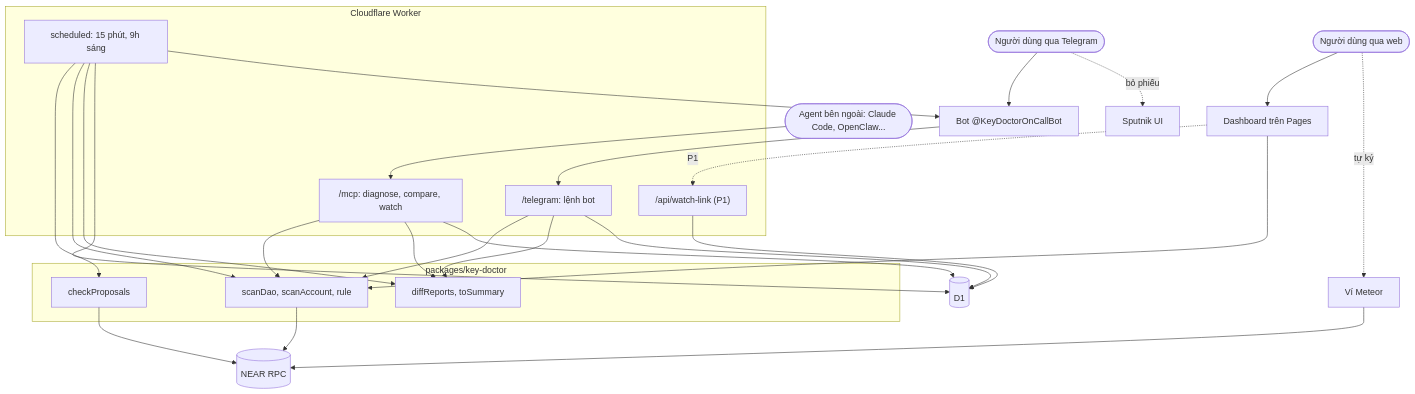
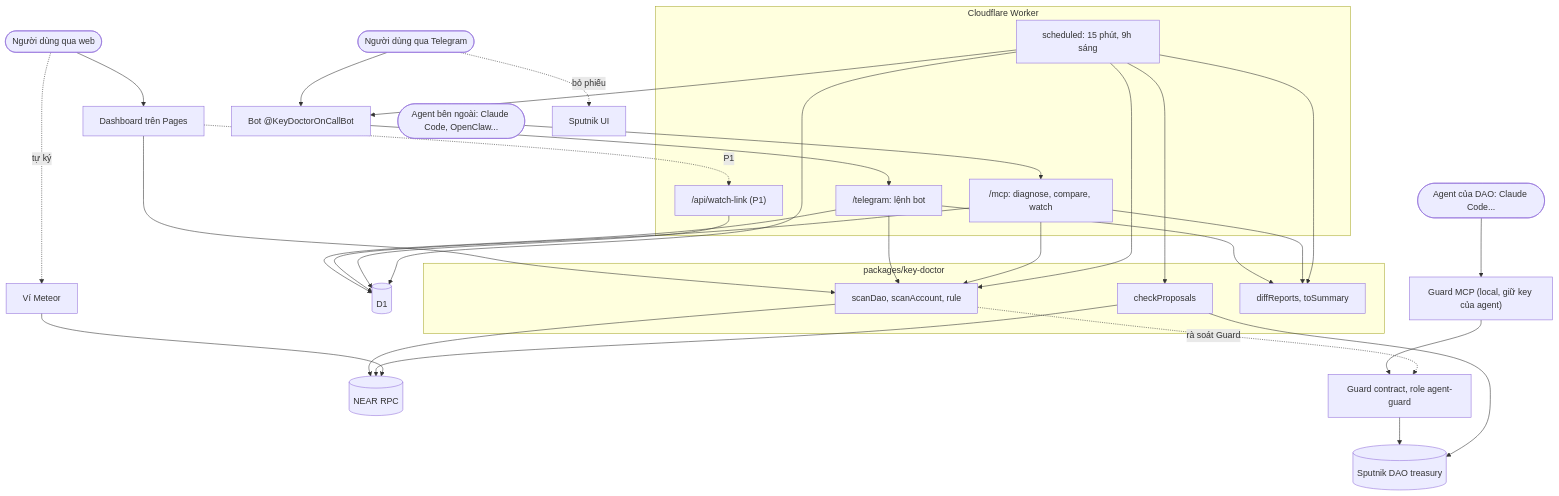
One commit to BLV-Labs/keydoctor changed the first of 2 diagrams in docs/final-idea.md. Above: the diagram before and after it, drawn with Mermaid. The commit also changed other lines of this file and 1 other file, not shown here.

Commit message:
Compelele agent guard idea.

````diff
--- a/docs/final-idea.md
+++ b/docs/final-idea.md
@@ -47,47 +52,55 @@
 ```mermaid
 flowchart TB
   U1([Người dùng qua Telegram])
   U2([Người dùng qua web])
   EA([Agent bên ngoài: Claude Code, OpenClaw...])
 
   subgraph Worker["Cloudflare Worker"]
     TG["/telegram: lệnh bot"]
     MCP["/mcp: diagnose, compare, watch"]
     API["/api/watch-link (P1)"]
     CRON["scheduled: 15 phút, 9h sáng"]
   end
   D1[(D1)]
   BOT[Bot @KeyDoctorOnCallBot]
 
   subgraph Lib["packages/key-doctor"]
     KD["scanDao, scanAccount, rule"]
     CP["checkProposals"]
     DIFF["diffReports, toSummary"]
   end
 
   DASH["Dashboard trên Pages"]
   RPC[(NEAR RPC)]
   MET[Ví Meteor]
   SP[Sputnik UI]
 
   U1 --> BOT --> TG
   EA --> MCP
   U2 --> DASH --> KD
   DASH -.P1.-> API
   TG --> KD
   MCP --> KD
   CRON --> CP
   CRON --> KD
   TG --> DIFF
   MCP --> DIFF
   CRON --> DIFF
   TG --> D1
   MCP --> D1
   API --> D1
   CRON --> D1
   CRON --> BOT
   KD --> RPC
   CP --> RPC
   U2 -.tự ký.-> MET --> RPC
   U1 -.bỏ phiếu.-> SP
+
+  AGT([Agent của DAO: Claude Code...])
+  GMCP["Guard MCP (local, giữ key của agent)"]
+  GUARD["Guard contract, role agent-guard"]
+  DAO[(Sputnik DAO treasury)]
+  AGT --> GMCP --> GUARD --> DAO
+  CP --> DAO
+  KD -.rà soát Guard.-> GUARD
 ```
````
